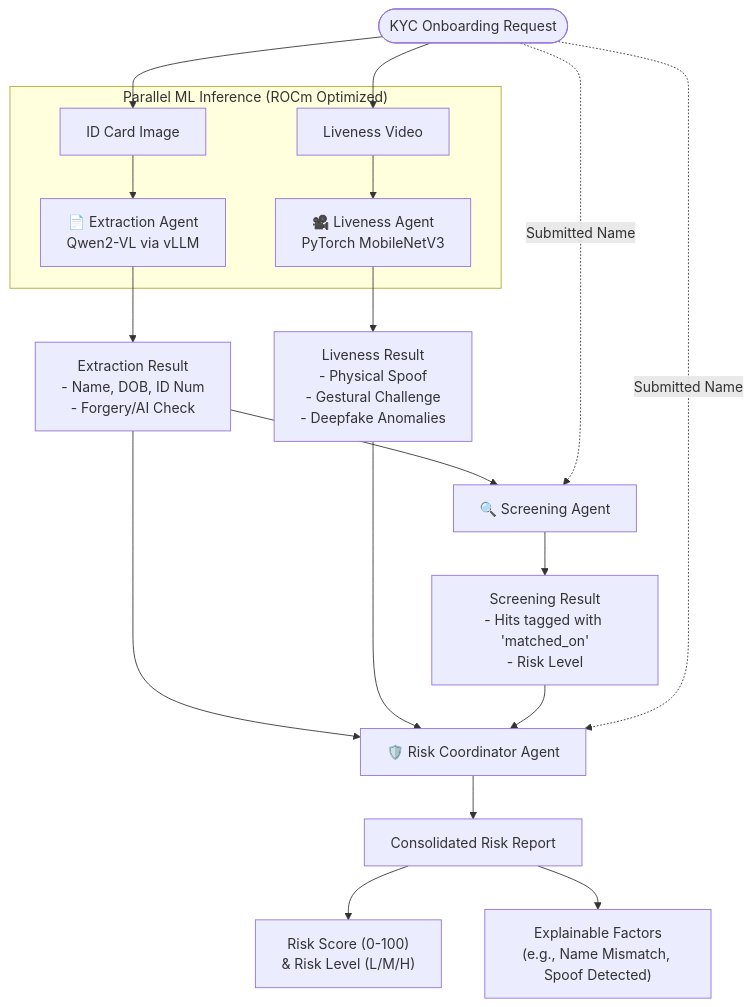
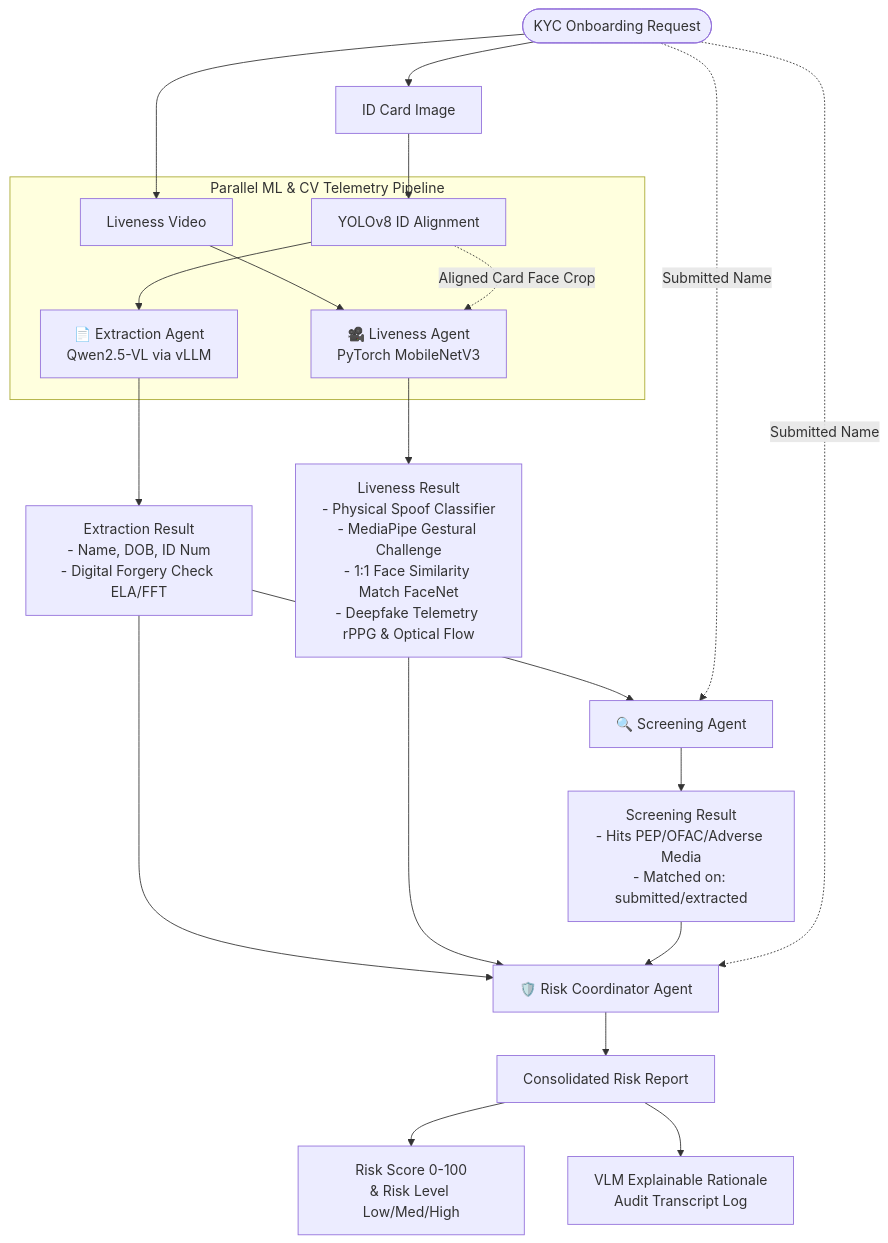
The diagram in README.md (i-m-afk/kyc-agentic-platform), drawn with Mermaid before and after one commit. The commit also changed other lines of this file, not shown here.

Commit message:
docs: update README agent specifications and architecture diagram

````diff
--- a/README.md
+++ b/README.md
@@ -97,34 +101,38 @@
 ```mermaid
 graph TD
     %% Inputs
     Start([KYC Onboarding Request]) --> InputDoc[ID Card Image]
     Start --> InputVid[Liveness Video]
 
+    %% ID Alignment
+    InputDoc --> AlignID[YOLOv8 ID Alignment]
+
     %% Parallel Processing
-    subgraph "Parallel ML Inference (ROCm Optimized)"
-        InputDoc --> AgentExt[📄 Extraction Agent <br/> Qwen2-VL via vLLM]
-        InputVid --> AgentLive[🎥 Liveness Agent <br/> PyTorch MobileNetV3]
+    subgraph "Parallel ML & CV Telemetry Pipeline"
+        AlignID --> AgentExt[📄 Extraction Agent<br/>Qwen2.5-VL via vLLM]
+        InputVid --> AgentLive[🎥 Liveness Agent<br/>PyTorch MobileNetV3]
+        AlignID -.-> |"Aligned Card Face Crop"| AgentLive
     end
 
     %% Agent Outputs
-    AgentExt --> ExtRes["Extraction Result<br/>- Name, DOB, ID Num<br/>- Forgery/AI Check"]
-    AgentLive --> LiveRes["Liveness Result<br/>- Physical Spoof<br/>- Gestural Challenge<br/>- Deepfake Anomalies"]
+    AgentExt --> ExtRes["Extraction Result<br/>- Name, DOB, ID Num<br/>- Digital Forgery Check ELA/FFT"]
+    AgentLive --> LiveRes["Liveness Result<br/>- Physical Spoof Classifier<br/>- MediaPipe Gestural Challenge<br/>- 1:1 Face Similarity Match FaceNet<br/>- Deepfake Telemetry rPPG & Optical Flow"]
 
     %% Screening
     ExtRes --> AgentScreen[🔍 Screening Agent]
     Start -.-> |"Submitted Name"| AgentScreen
     
     %% Screening Output
-    AgentScreen --> ScreenRes["Screening Result<br/>- Hits tagged with 'matched_on'<br/>- Risk Level"]
+    AgentScreen --> ScreenRes["Screening Result<br/>- Hits PEP/OFAC/Adverse Media<br/>- Matched on: submitted/extracted"]
 
     %% Consolidation
     ExtRes --> AgentRisk[🛡️ Risk Coordinator Agent]
     LiveRes --> AgentRisk
     ScreenRes --> AgentRisk
     Start -.-> |"Submitted Name"| AgentRisk
 
     %% Decision
     AgentRisk --> Report[Consolidated Risk Report]
-    Report --> Score["Risk Score (0-100)<br/>& Risk Level (L/M/H)"]
-    Report --> Explanation["Explainable Factors<br/>(e.g., Name Mismatch, Spoof Detected)"]
+    Report --> Score["Risk Score 0-100<br/>& Risk Level Low/Med/High"]
+    Report --> Explanation["VLM Explainable Rationale<br/>Audit Transcript Log"]
 ```
````
